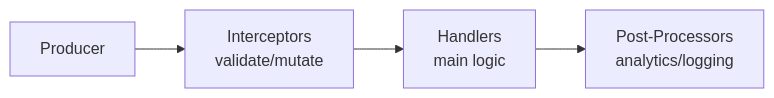
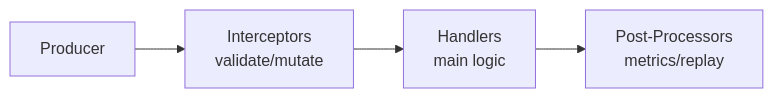
One commit to Ambiguous-Interactive/DxMessaging changed the sixth of 6 diagrams in README.md. Above: the diagram before and after it, drawn with Mermaid. The commit also changed 55 other files, not shown here.

````diff
--- a/README.md
+++ b/README.md
@@ -546,6 +546,6 @@
 ```mermaid
 flowchart LR
     P[Producer] --> I[Interceptors<br/>validate/mutate]
     I --> H[Handlers<br/>main logic]
-    H --> PP[Post-Processors<br/>analytics/logging]
+    H --> PP[Post-Processors<br/>metrics/replay]
 ```
````
